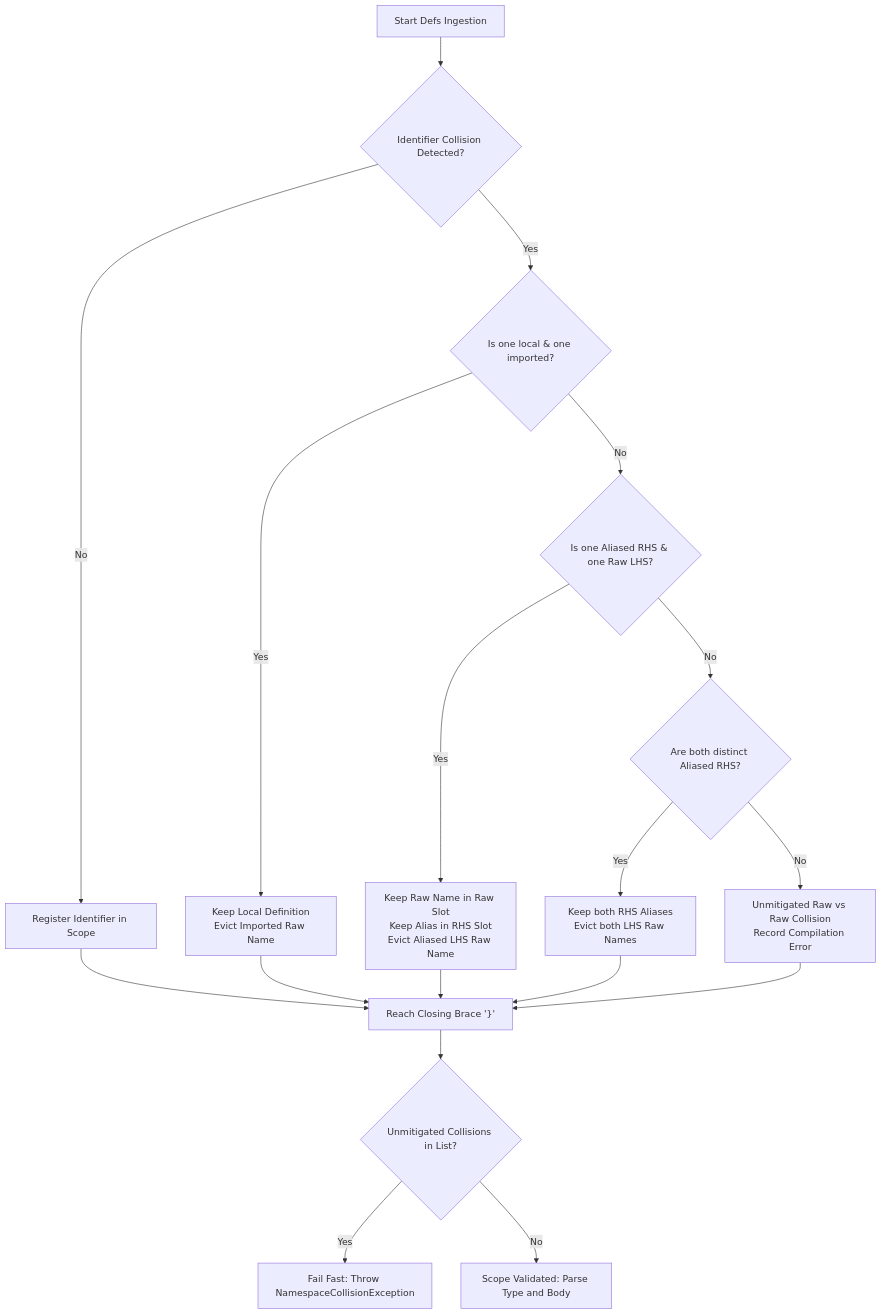
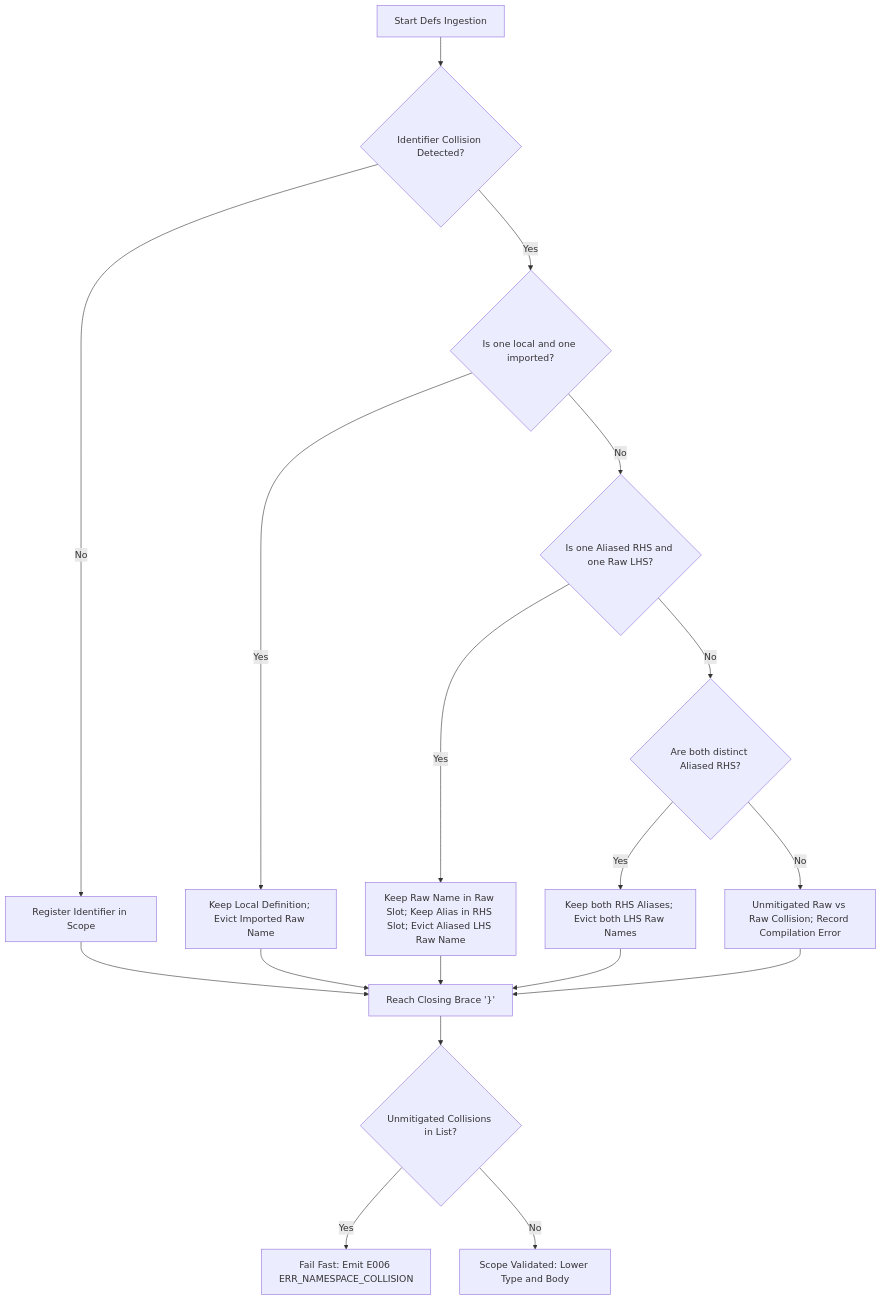
The first of 3 diagrams in docs/architecture/STVN_LANGUAGE_SPEC.md (chaotic3quilibrium/stvnadore-core), drawn with Mermaid before and after one commit. The commit also changed other lines of this file and 76 other files, not shown here.

````diff
--- a/docs/architecture/STVN_LANGUAGE_SPEC.md
+++ b/docs/architecture/STVN_LANGUAGE_SPEC.md
@@ -688,20 +690,20 @@
 ```mermaid
-graph TD
+flowchart TD
     A["Start Defs Ingestion"] --> B{"Identifier Collision Detected?"}
     B -- " No " --> C["Register Identifier in Scope"]
-    B -- " Yes " --> D{"Is one local & one imported?"}
-    D -- " Yes " --> E["Keep Local Definition<br/>Evict Imported Raw Name"]
-    D -- " No " --> F{"Is one Aliased RHS & one Raw LHS?"}
-    F -- " Yes " --> G["Keep Raw Name in Raw Slot<br/>Keep Alias in RHS Slot<br/>Evict Aliased LHS Raw Name"]
+    B -- " Yes " --> D{"Is one local and one imported?"}
+    D -- " Yes " --> E["Keep Local Definition; Evict Imported Raw Name"]
+    D -- " No " --> F{"Is one Aliased RHS and one Raw LHS?"}
+    F -- " Yes " --> G["Keep Raw Name in Raw Slot; Keep Alias in RHS Slot; Evict Aliased LHS Raw Name"]
     F -- " No " --> H{"Are both distinct Aliased RHS?"}
-    H -- " Yes " --> I["Keep both RHS Aliases<br/>Evict both LHS Raw Names"]
-    H -- " No " --> J["Unmitigated Raw vs Raw Collision<br/>Record Compilation Error"]
+    H -- " Yes " --> I["Keep both RHS Aliases; Evict both LHS Raw Names"]
+    H -- " No " --> J["Unmitigated Raw vs Raw Collision; Record Compilation Error"]
     C --> K["Reach Closing Brace '}'"]
     E --> K
     G --> K
     I --> K
     J --> K
     K --> L{"Unmitigated Collisions in List?"}
-    L -- " Yes " --> M["Fail Fast: Throw NamespaceCollisionException"]
-    L -- " No " --> N["Scope Validated: Parse Type and Body"]
+    L -- " Yes " --> M["Fail Fast: Emit E006 ERR_NAMESPACE_COLLISION"]
+    L -- " No " --> N["Scope Validated: Lower Type and Body"]
 ```
````
